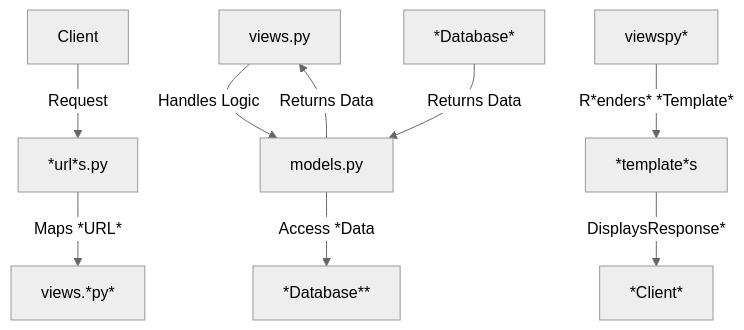
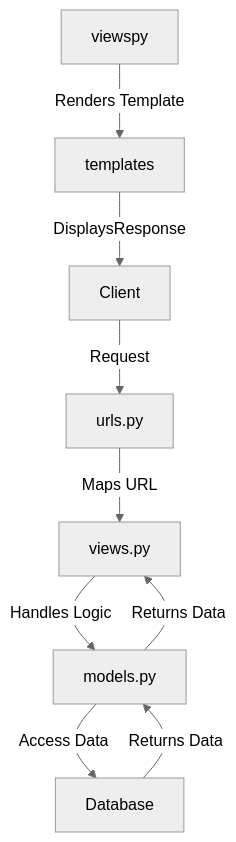
The diagram in README.md (theoalll/eshop-pbp), drawn with Mermaid (neutral theme) before and after one commit.

Commit message:
fix README for tugas 4

````diff
--- a/README.md
+++ b/README.md
@@ -46,11 +46,11 @@
 ```mermaid
 graph TD;
-    Client -->|Request| *url*s.py;
-    *url*s.py -->|Maps *URL*| views.*py*;
+    Client -->|Request| urls.py;
+    urls.py -->|Maps URL| views.py;
     views.py -->|Handles Logic| models.py;
-    viewspy* -->|R*enders* *Template*| *template*s;
-    models.py -->|Access *Data| *Database**;
-    *Database* -->|Returns Data| models.py;
+    viewspy -->|Renders Template| templates;
+    models.py -->|Access Data| Database;
+    Database -->|Returns Data| models.py;
     models.py -->|Returns Data| views.py;
-    *template*s -->|DisplaysResponse*| *Client*;
+    templates -->|DisplaysResponse| Client;
 ```
````
